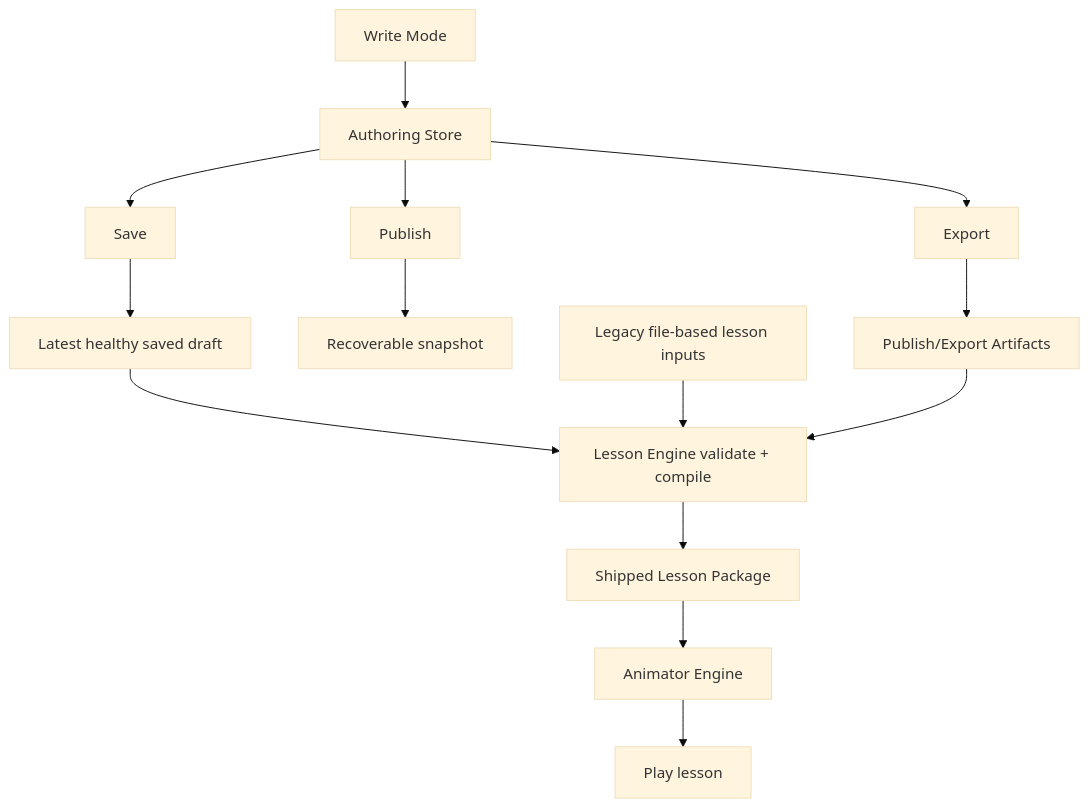
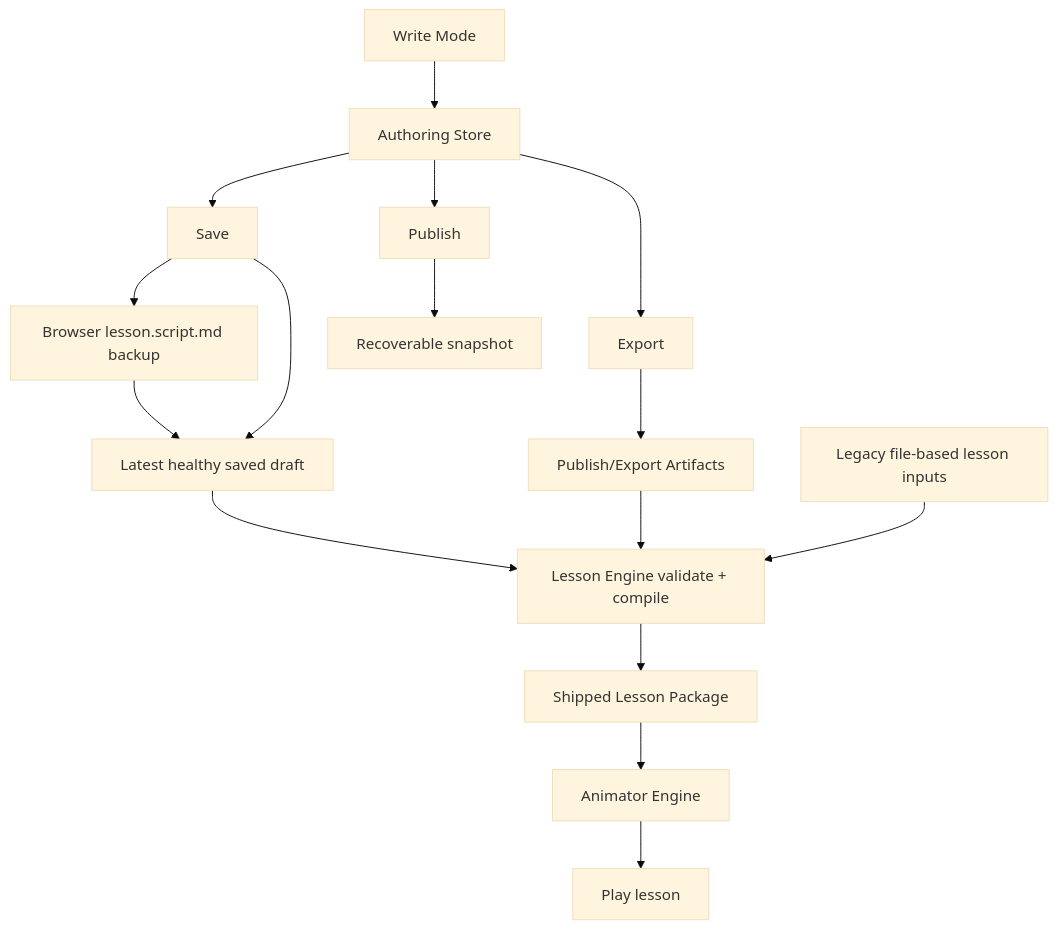
Before and after one commit to shomsy/step-by-step-animator: the diagram in .agents/business-logic/software/lesson-authoring/architecture/LESSON_ARCHITECTURE.md, drawn with Mermaid (base theme). The commit also changed other lines of this file and 13 other files, not shown here.

Commit message:
Add draft backup fallback for authoring saves

````diff
--- a/.agents/business-logic/software/lesson-authoring/architecture/LESSON_ARCHITECTURE.md
+++ b/.agents/business-logic/software/lesson-authoring/architecture/LESSON_ARCHITECTURE.md
@@ -31,19 +32,21 @@
 ```mermaid
 flowchart TD
   A[Write Mode] --> B[Authoring Store]
   B --> C[Save]
-  C --> D[Latest healthy saved draft]
-  D --> E[Lesson Engine validate + compile]
-  E --> F[Shipped Lesson Package]
-  F --> G[Animator Engine]
-  G --> H[Play lesson]
+  C --> D[Browser lesson.script.md backup]
+  C --> E[Latest healthy saved draft]
+  D --> E
+  E --> F[Lesson Engine validate + compile]
+  F --> G[Shipped Lesson Package]
+  G --> H[Animator Engine]
+  H --> I[Play lesson]
 
-  B --> I[Publish]
-  I --> J[Recoverable snapshot]
+  B --> J[Publish]
+  J --> K[Recoverable snapshot]
 
-  B --> K[Export]
-  K --> L[Publish/Export Artifacts]
+  B --> L[Export]
+  L --> M[Publish/Export Artifacts]
 
-  M[Legacy file-based lesson inputs] --> E
-  L --> E
+  N[Legacy file-based lesson inputs] --> F
+  M --> F
 ```
````
